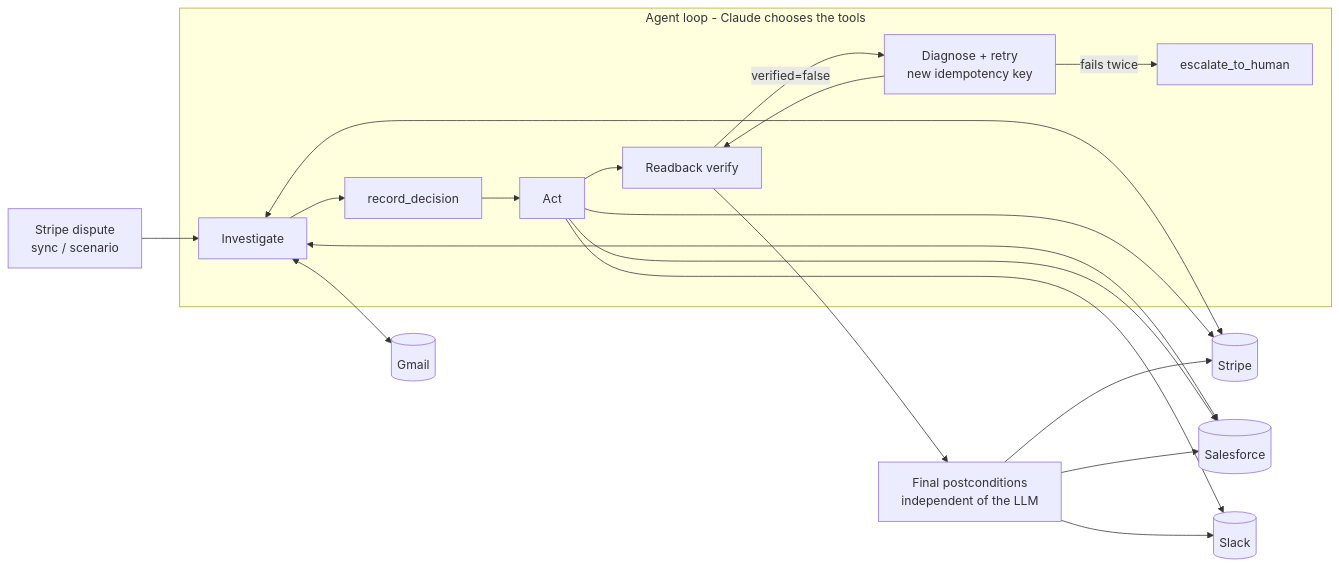
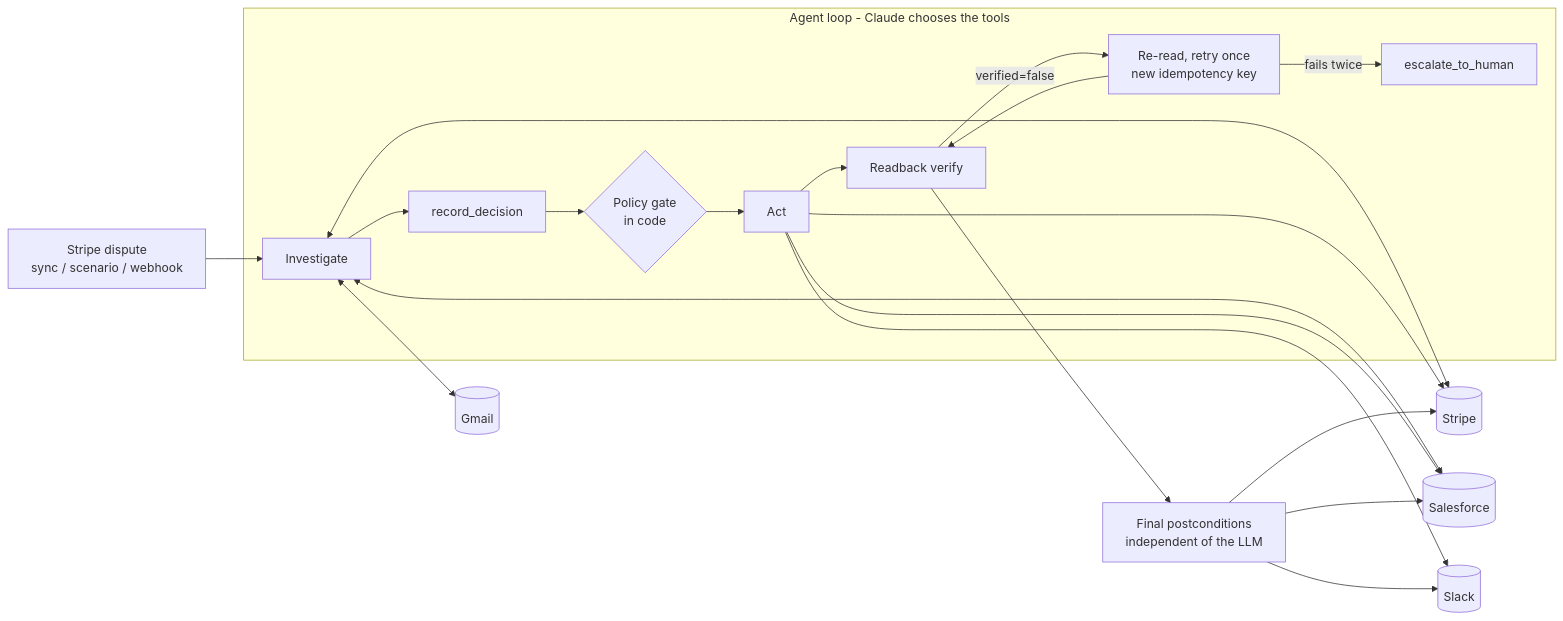
Before and after one commit to N1tu-Mar/Sentinel: the diagram in README.md, drawn with Mermaid. The commit also changed other lines of this file, not shown here.

Commit message:
docs: README reflects Stripe test mode, Arga twins vs sandbox, per-environment results

````diff
--- a/README.md
+++ b/README.md
@@ -17,22 +19,23 @@
 ```mermaid
 flowchart LR
-  T[Stripe dispute<br/>sync / scenario] --> I
+  T[Stripe dispute<br/>sync / scenario / webhook] --> I
   subgraph Agent loop - Claude chooses the tools
     I[Investigate] --> D[record_decision]
-    D --> A[Act]
+    D --> P{Policy gate<br/>in code}
+    P --> A[Act]
     A --> V[Readback verify]
-    V -- verified=false --> R[Diagnose + retry<br/>new idempotency key]
+    V -- verified=false --> R[Re-read, retry once<br/>new idempotency key]
     R --> V
     R -- fails twice --> E[escalate_to_human]
   end
   V --> F[Final postconditions<br/>independent of the LLM]
   I <--> S[(Stripe)]
   I <--> SF[(Salesforce)]
   I <--> G[(Gmail)]
   A --> S
   A --> SF
   A --> SL[(Slack)]
   F --> S
   F --> SF
   F --> SL
 ```
````
